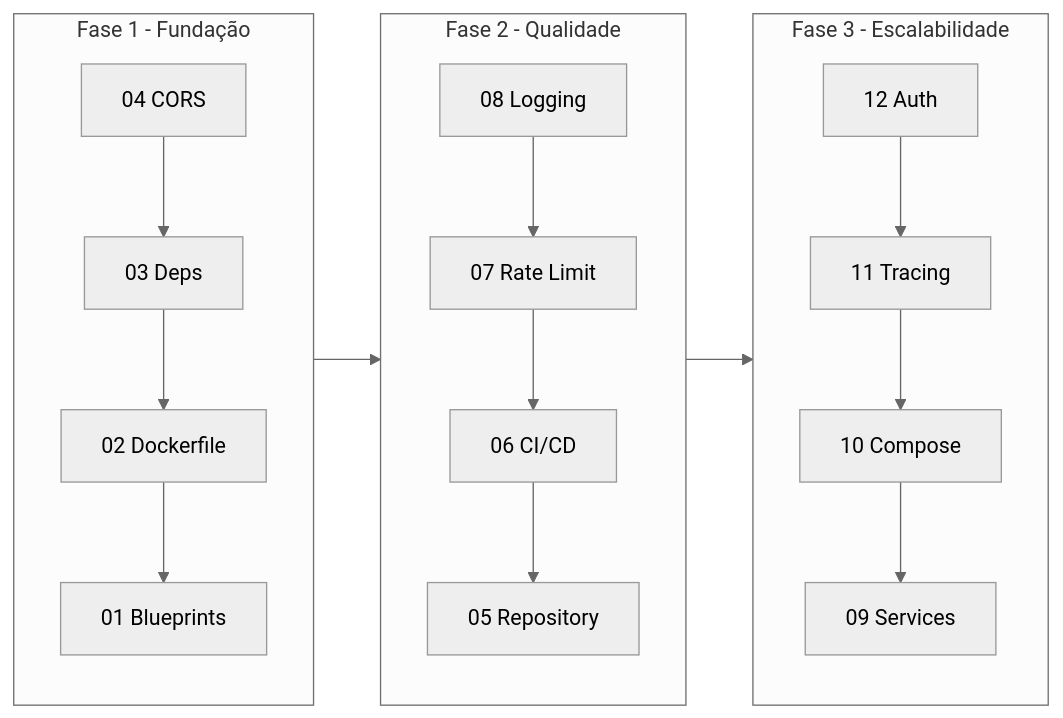
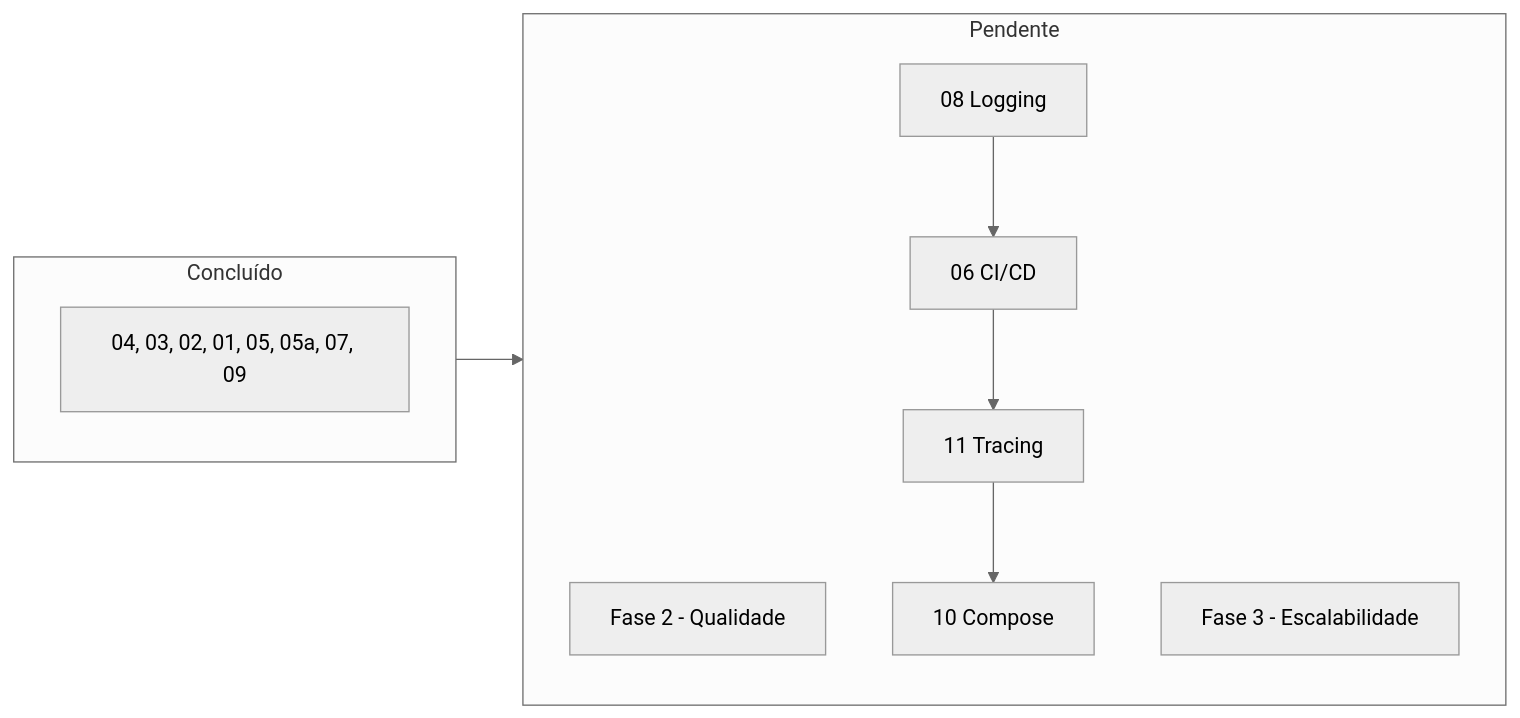
One commit to rdias612/rag changed the diagram in docs/arq_rev/README.md. Above: the diagram before and after it, drawn with Mermaid (neutral theme). The commit also changed other lines of this file and 3 other files, not shown here.

````diff
--- a/docs/arq_rev/README.md
+++ b/docs/arq_rev/README.md
@@ -42,22 +42,22 @@
 ```mermaid
 graph LR
-    subgraph Fase1[Fase 1 - Fundação]
-        A[04 CORS] --> B[03 Deps]
-        B --> C[02 Dockerfile]
-        C --> D[01 Blueprints]
+    subgraph Concluido[Concluído]
+        DONE[04, 03, 02, 01, 05, 05a, 07, 09]
     end
     
-    subgraph Fase2[Fase 2 - Qualidade]
-        E[08 Logging] --> F[07 Rate Limit]
-        F --> G[06 CI/CD]
-        G --> H[05 Repository]
+    subgraph Pendente[Pendente]
+        Fase2[Fase 2 - Qualidade]
+        Fase3[Fase 3 - Escalabilidade]
+        
+        G[06 CI/CD]
+        H[08 Logging]
+        J[11 Tracing]
+        K[10 Compose]
+        
+        H --> G
+        G --> J
+        J --> K
     end
     
-    subgraph Fase3[Fase 3 - Escalabilidade]
-        I[12 Auth] --> J[11 Tracing]
-        J --> K[10 Compose]
-        K --> L[09 Services]
-    end
-    
-    Fase1 --> Fase2 --> Fase3
+    Concluido --> Pendente
 ```
````
